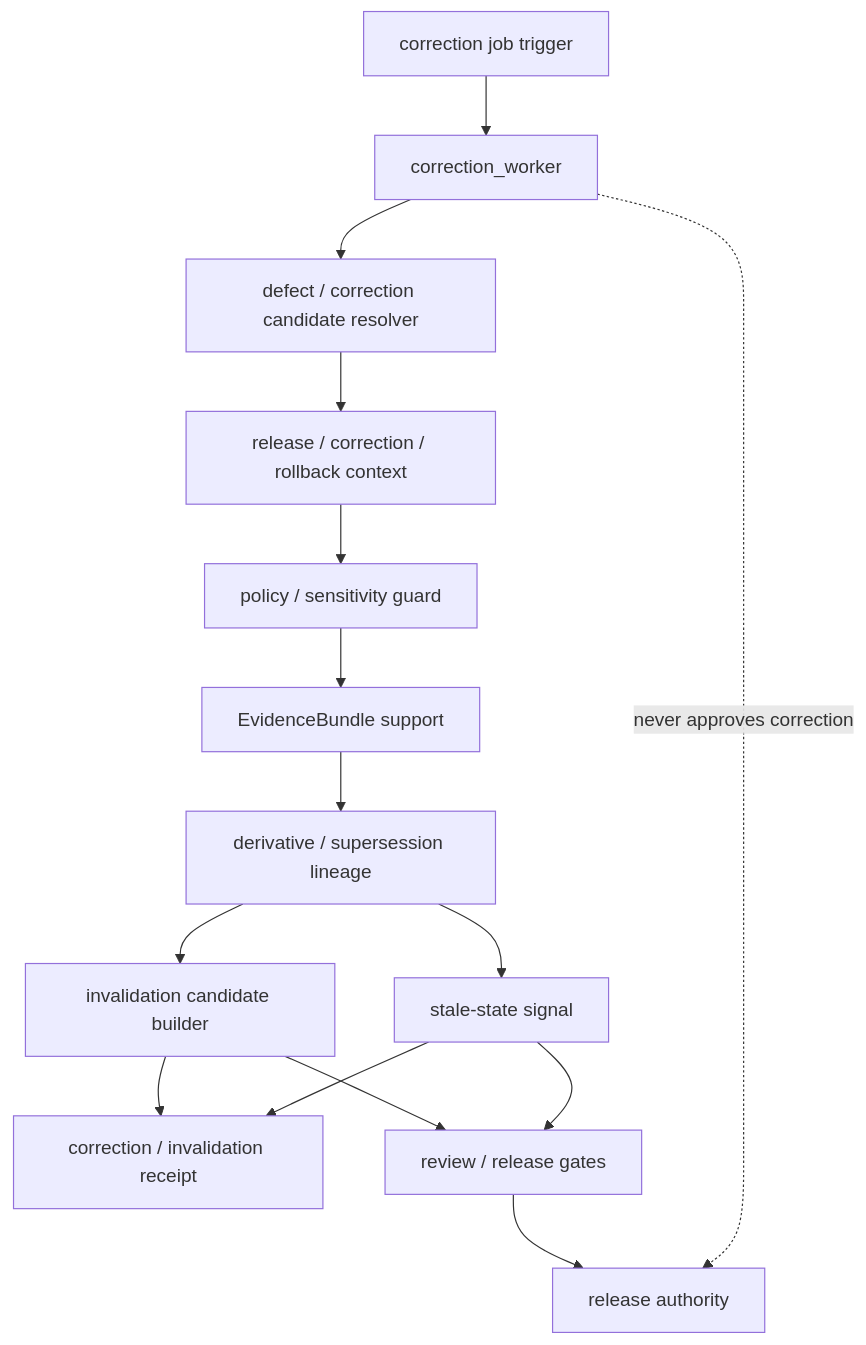
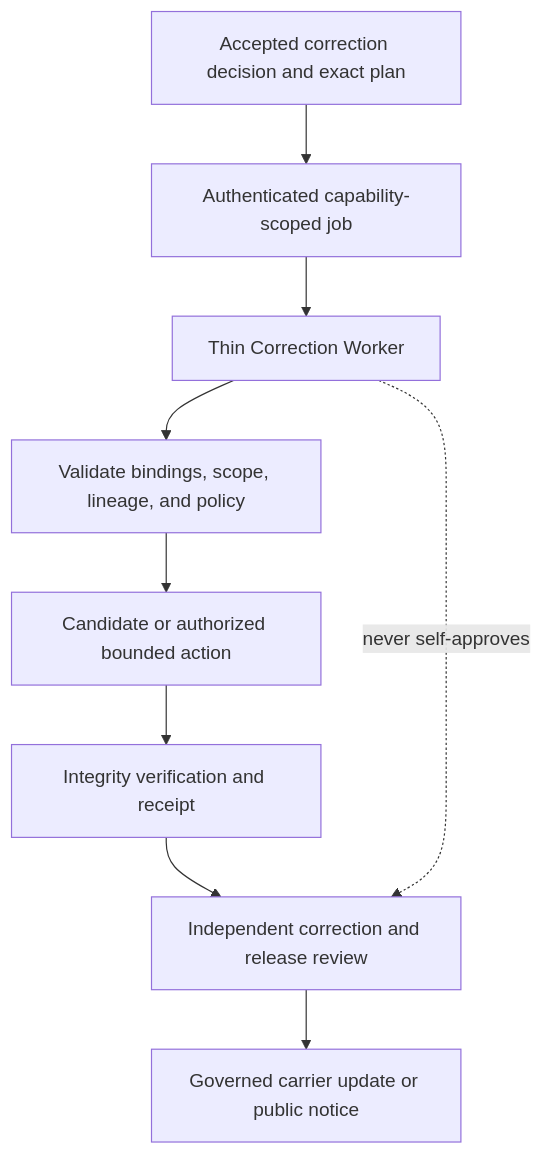
The diagram in apps/workers/src/correction_worker/README.md (bartytime4life/Kansas-Frontier-Matrix), drawn with Mermaid before and after one commit. The commit also changed other lines of this file, not shown here.

Commit message:
docs(workers): modernize correction worker README

````diff
--- a/apps/workers/src/correction_worker/README.md
+++ b/apps/workers/src/correction_worker/README.md
@@ -204,17 +390,11 @@
 ```mermaid
 flowchart TD
-    trigger["correction job trigger"] --> worker["correction_worker"]
-    worker --> candidate["defect / correction candidate resolver"]
-    candidate --> releaseCtx["release / correction / rollback context"]
-    releaseCtx --> policy["policy / sensitivity guard"]
-    policy --> evidence["EvidenceBundle support"]
-    evidence --> lineage["derivative / supersession lineage"]
-    lineage --> invalidation["invalidation candidate builder"]
-    lineage --> stale["stale-state signal"]
-    invalidation --> receipts["correction / invalidation receipt"]
-    stale --> receipts
-    invalidation --> review["review / release gates"]
-    stale --> review
-    review --> release["release authority"]
-    worker -. "never approves correction" .-> release
+    A["Accepted correction decision and exact plan"] --> B["Authenticated capability-scoped job"]
+    B --> C["Thin Correction Worker"]
+    C --> D["Validate bindings, scope, lineage, and policy"]
+    D --> E["Candidate or authorized bounded action"]
+    E --> F["Integrity verification and receipt"]
+    F --> G["Independent correction and release review"]
+    G --> H["Governed carrier update or public notice"]
+    C -. "never self-approves" .-> G
 ```
````
